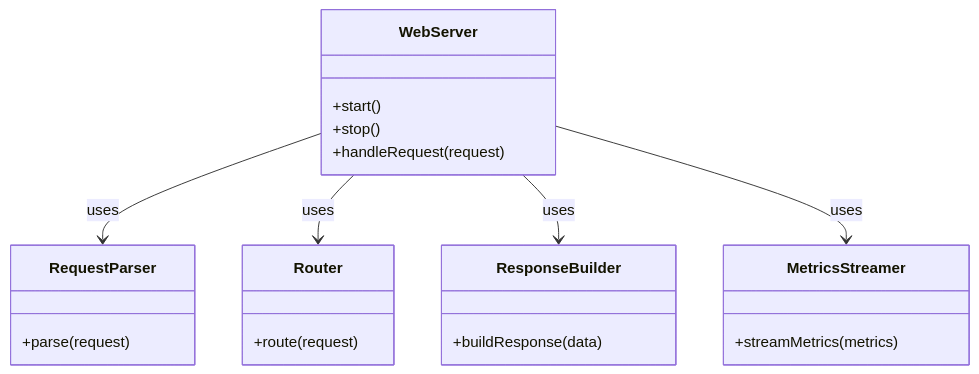
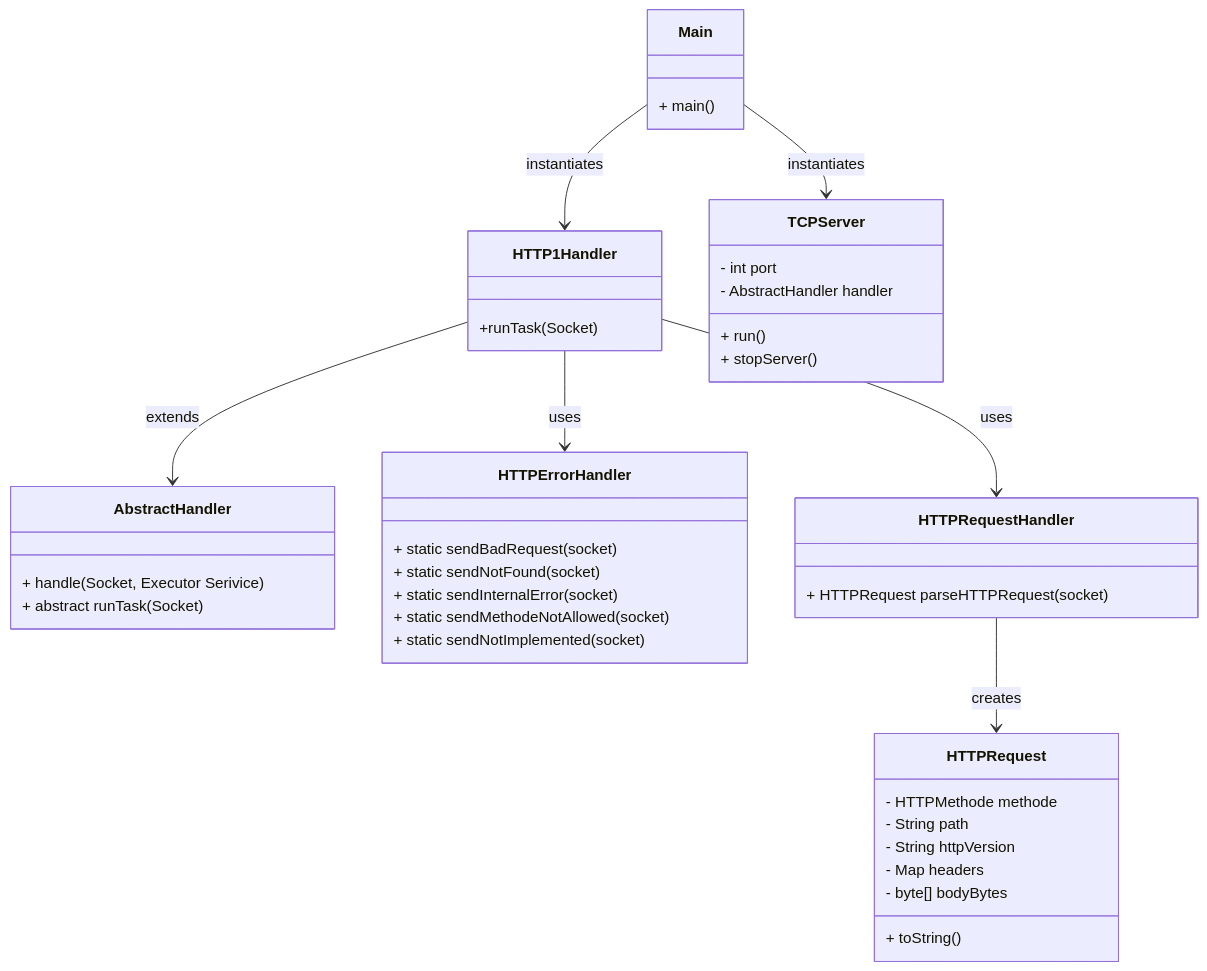
One commit to z10n-dev/BuildYourOwnWebserver changed the diagram in README.md. Above: the diagram before and after it, drawn with Mermaid.

Commit message:
change class diagramm on README.md

````diff
--- a/README.md
+++ b/README.md
@@ -9,25 +9,50 @@
 ```mermaid
 classDiagram
-    class WebServer {
-        +start()
-        +stop()
-        +handleRequest(request)
-    }
-    class RequestParser {
-        +parse(request)
-    }
-    class Router {
-        +route(request)
-    }
-    class ResponseBuilder {
-        +buildResponse(data)
-    }
-    class MetricsStreamer {
-        +streamMetrics(metrics)
+    class HTTP1Handler{
+        +runTask(Socket)
     }
 
-    WebServer --> RequestParser : uses
-    WebServer --> Router : uses
-    WebServer --> ResponseBuilder : uses
-    WebServer --> MetricsStreamer : uses
+    class AbstractHandler{
+        +  handle (Socket, Executor Serivice)
+        + abstract runTask(Socket)
+    }
+
+    class TCPServer{
+        - int port
+        - AbstractHandler handler
+        + run()
+        + stopServer()
+    }
+
+    class Main{
+        + main()
+    }
+
+    class HTTPErrorHandler{
+        + static sendBadRequest(socket)
+        + static sendNotFound(socket)
+        + static sendInternalError(socket)
+        + static sendMethodeNotAllowed(socket)
+        + static sendNotImplemented(socket)
+    }
+
+    class HTTPRequestHandler{
+        + HTTPRequest parseHTTPRequest(socket)
+    }
+
+    class HTTPRequest {
+        - HTTPMethode methode
+        - String path
+        - String httpVersion
+        - Map<String, String[]> headers
+        - byte[] bodyBytes
+        + toString()
+    }
+
+    HTTP1Handler --> AbstractHandler : extends
+    HTTP1Handler --> HTTPErrorHandler : uses
+    HTTP1Handler --> HTTPRequestHandler : uses
+    HTTPRequestHandler --> HTTPRequest : creates
+    Main --> HTTP1Handler : instantiates
+    Main --> TCPServer : instantiates
 ```
````
